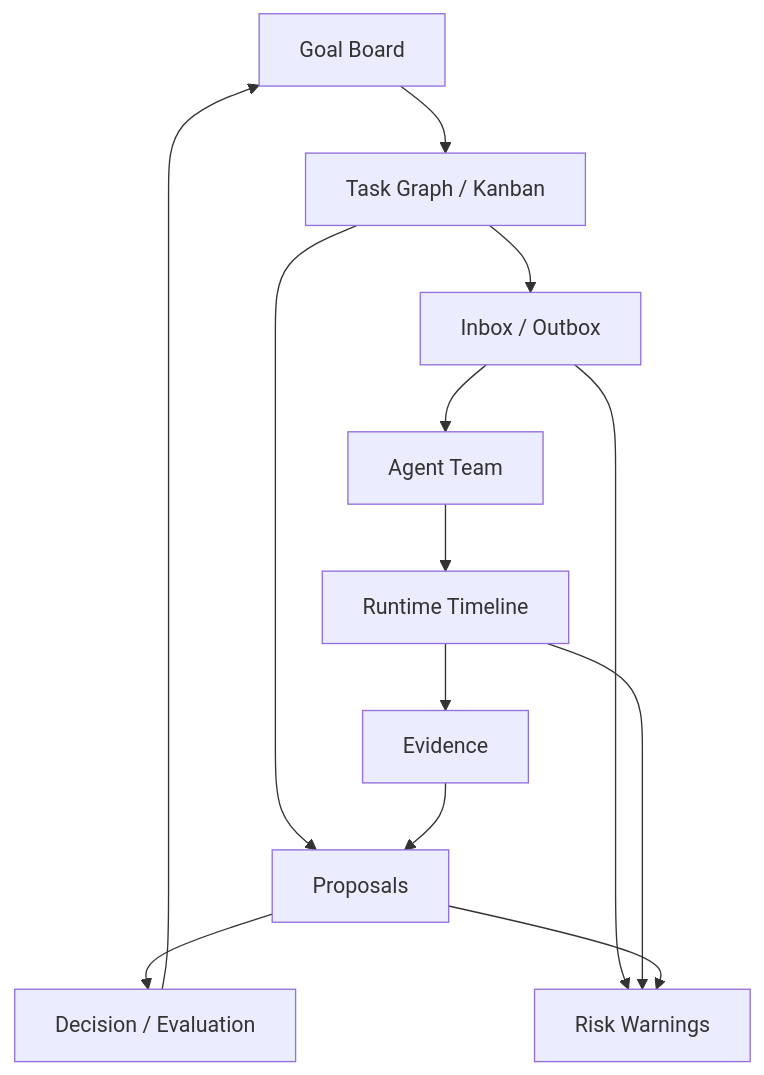
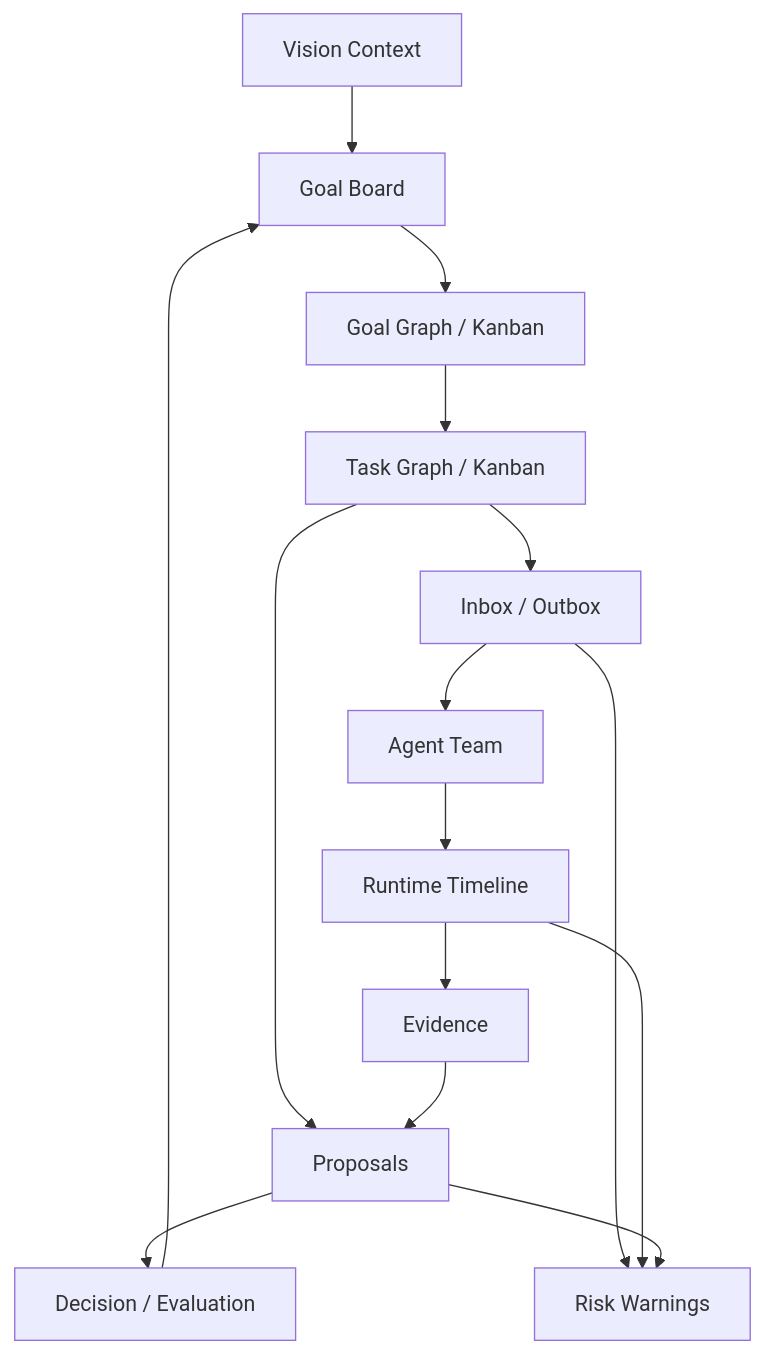
One commit to cyl19970726/multi-agent-harness changed the diagram in docs/dashboard.md. Above: the diagram before and after it, drawn with Mermaid. The commit also changed other lines of this file and 16 other files, not shown here.

````diff
--- a/docs/dashboard.md
+++ b/docs/dashboard.md
@@ -36,25 +44,29 @@
 ```mermaid
 flowchart TD
+  Vision[Vision Context]
   Goal[Goal Board]
+  GoalView[Goal Graph / Kanban]
   Task[Task Graph / Kanban]
   Team[Agent Team]
   Msg[Inbox / Outbox]
   Runtime[Runtime Timeline]
   Proposal[Proposals]
   Evidence[Evidence]
   Decision[Decision / Evaluation]
   Warnings[Risk Warnings]
 
-  Goal --> Task
+  Vision --> Goal
+  Goal --> GoalView
+  GoalView --> Task
   Task --> Msg
   Msg --> Team
   Team --> Runtime
   Runtime --> Evidence
   Task --> Proposal
   Evidence --> Proposal
   Proposal --> Decision
   Decision --> Goal
   Msg --> Warnings
   Runtime --> Warnings
   Proposal --> Warnings
 ```
````
